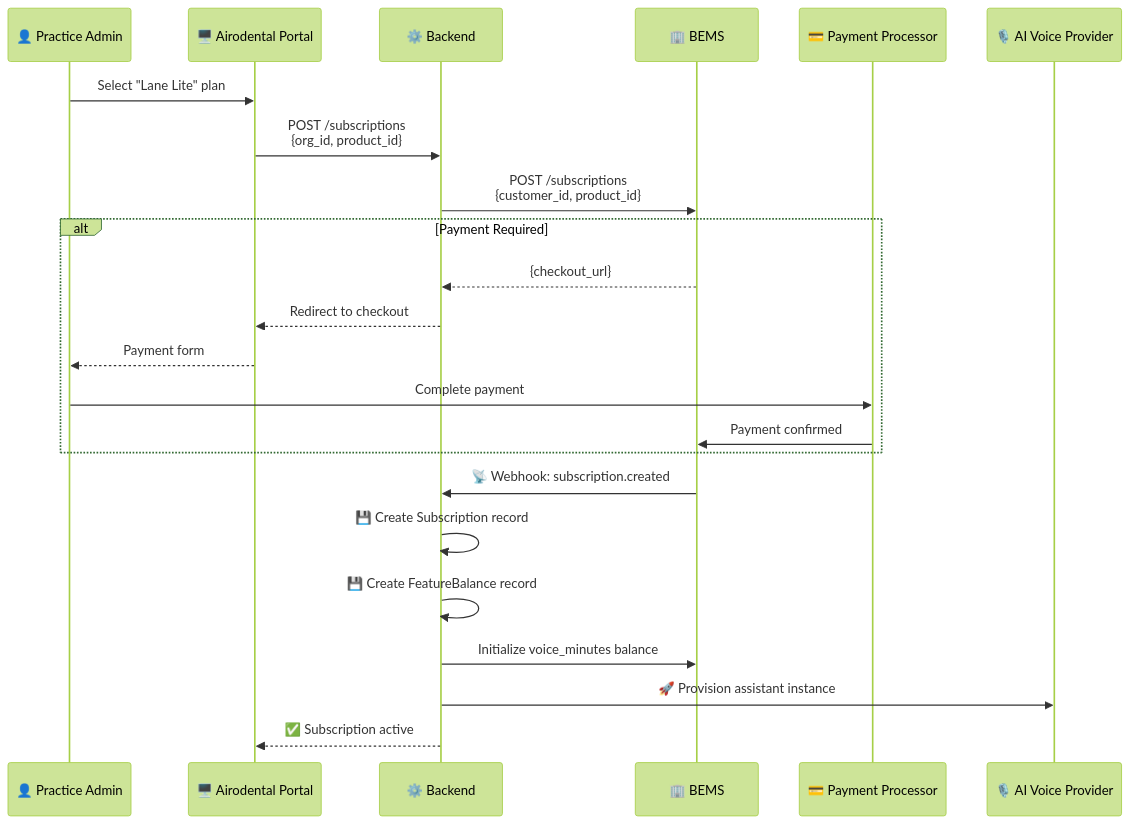
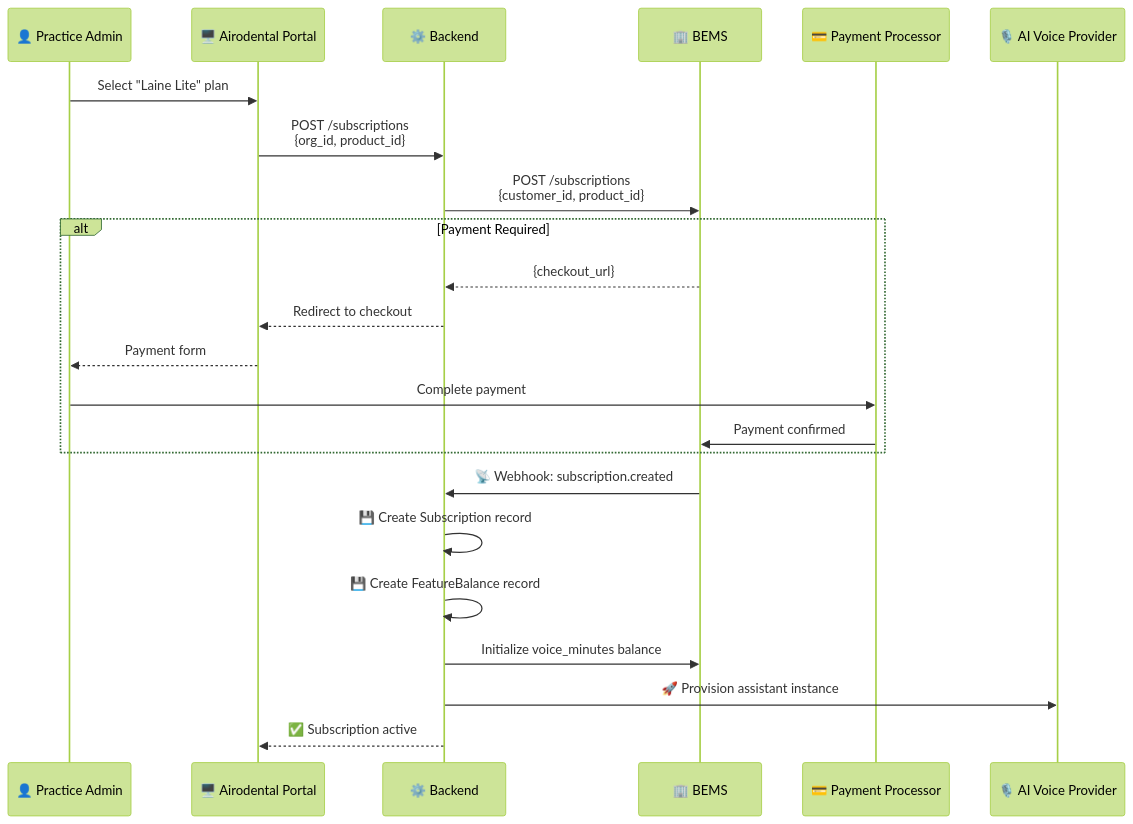
The sixth of 12 diagrams in airodental-billiing-system.md (haloweavedev/airodental-billing), drawn with Mermaid (forest theme) before and after one commit. The commit also changed other lines of this file and 1 other file, not shown here.

````diff
--- a/airodental-billiing-system.md
+++ b/airodental-billiing-system.md
@@ -341,28 +341,28 @@
 ```mermaid
 sequenceDiagram
     participant User as 👤 Practice Admin
     participant Portal as 🖥️ Airodental Portal
     participant Backend as ⚙️ Backend
     participant BEMS as 🏢 BEMS
     participant Payment as 💳 Payment Processor
     participant AI as 🎙️ AI Voice Provider
     
-    User->>Portal: Select "Lane Lite" plan
+    User->>Portal: Select "Laine Lite" plan
     Portal->>Backend: POST /subscriptions<br/>{org_id, product_id}
     Backend->>BEMS: POST /subscriptions<br/>{customer_id, product_id}
     
     alt Payment Required
         BEMS-->>Backend: {checkout_url}
         Backend-->>Portal: Redirect to checkout
         Portal-->>User: Payment form
         User->>Payment: Complete payment
         Payment->>BEMS: Payment confirmed
     end
     
     BEMS->>Backend: 📡 Webhook: subscription.created
     Backend->>Backend: 💾 Create Subscription record
     Backend->>Backend: 💾 Create FeatureBalance record
     Backend->>BEMS: Initialize voice_minutes balance
     Backend->>AI: 🚀 Provision assistant instance
     Backend-->>Portal: ✅ Subscription active
 ```
````
